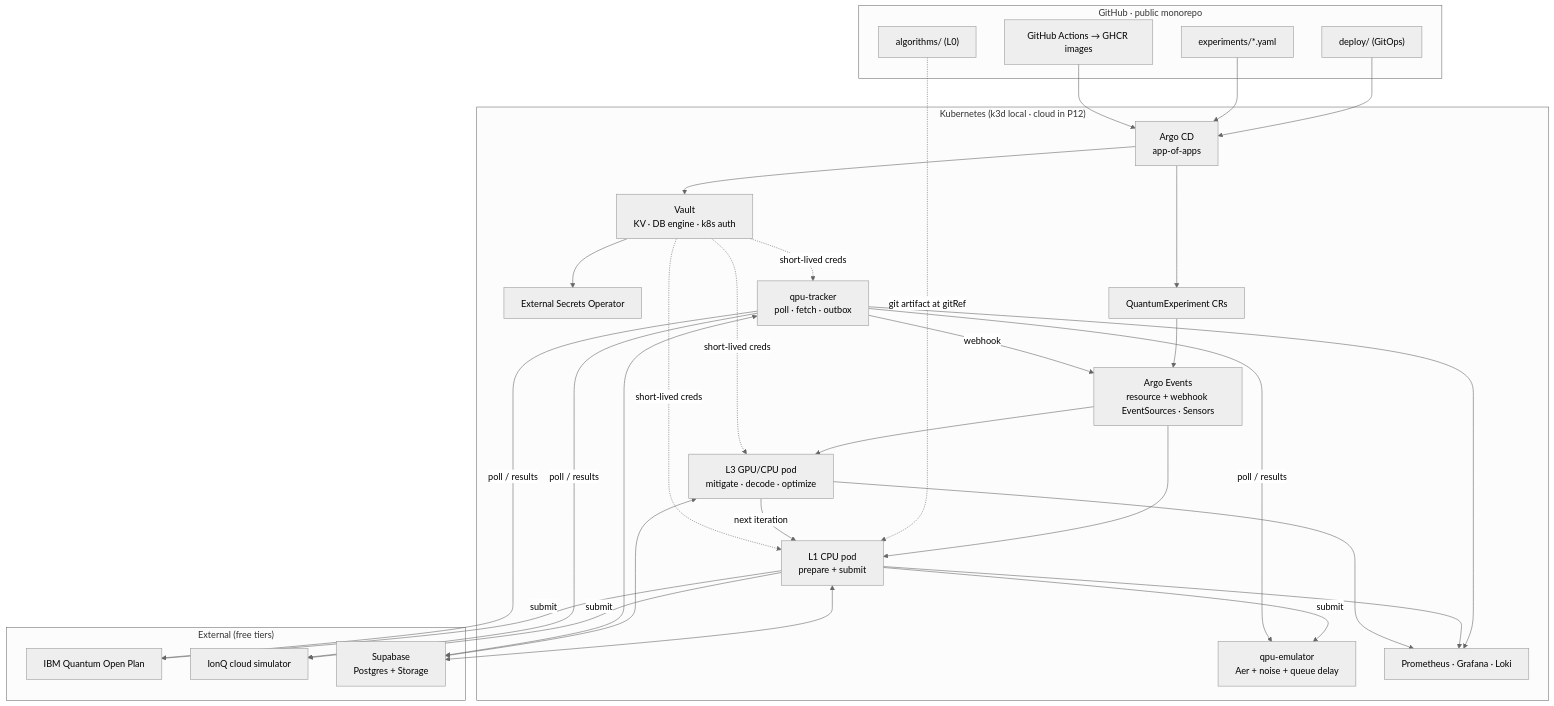
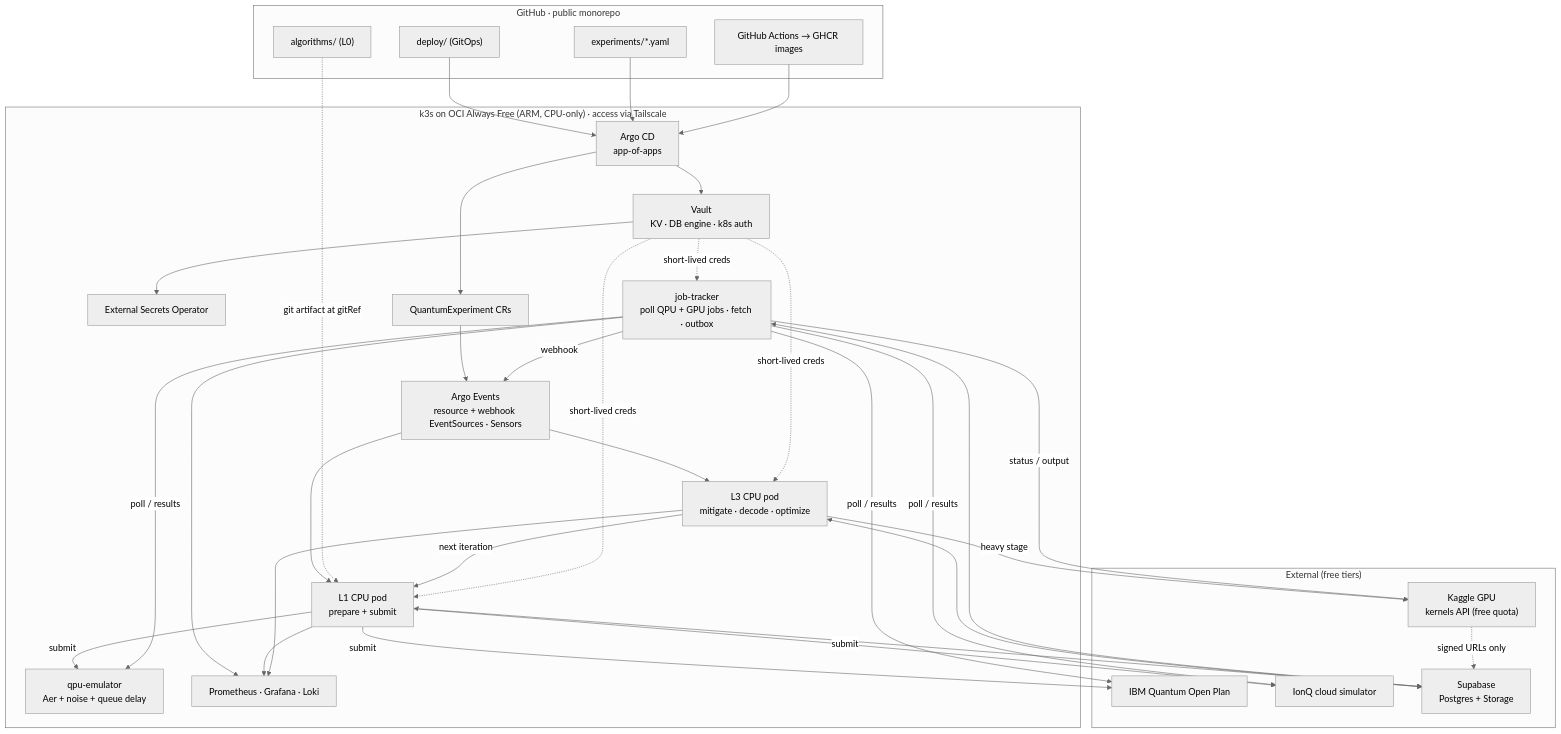
One commit to michael-attias123/QuantumOps changed the first of 3 diagrams in docs/ARCHITECTURE.md. Above: the diagram before and after it, drawn with Mermaid (neutral theme). The commit also changed other lines of this file and 2 other files, not shown here.

First line of the commit message:
docs: move to always-on OCI free cluster and Kaggle remote GPU

````diff
--- a/docs/ARCHITECTURE.md
+++ b/docs/ARCHITECTURE.md
@@ -48,44 +50,48 @@
 ```mermaid
 flowchart TB
   subgraph GH["GitHub · public monorepo"]
     ALG["algorithms/ (L0)"]
     EXP["experiments/*.yaml"]
     DEP["deploy/ (GitOps)"]
     CI["GitHub Actions → GHCR images"]
   end
 
-  subgraph K8S["Kubernetes (k3d local · cloud in P12)"]
+  subgraph K8S["k3s on OCI Always Free (ARM, CPU-only) · access via Tailscale"]
     ARGOCD["Argo CD<br/>app-of-apps"]
     VAULT["Vault<br/>KV · DB engine · k8s auth"]
     ESO["External Secrets Operator"]
     QX["QuantumExperiment CRs"]
     EVS["Argo Events<br/>resource + webhook EventSources · Sensors"]
     L1["L1 CPU pod<br/>prepare + submit"]
-    TRK["qpu-tracker<br/>poll · fetch · outbox"]
+    TRK["job-tracker<br/>poll QPU + GPU jobs · fetch · outbox"]
     EMU["qpu-emulator<br/>Aer + noise + queue delay"]
-    L3["L3 GPU/CPU pod<br/>mitigate · decode · optimize"]
+    L3["L3 CPU pod<br/>mitigate · decode · optimize"]
     OBS["Prometheus · Grafana · Loki"]
   end
 
   subgraph EXT["External (free tiers)"]
     IBM["IBM Quantum Open Plan"]
     IONQ["IonQ cloud simulator"]
     SUPA["Supabase<br/>Postgres + Storage"]
+    KAG["Kaggle GPU<br/>kernels API (free quota)"]
   end
 
   DEP --> ARGOCD
   EXP --> ARGOCD
   CI --> ARGOCD
   ARGOCD --> QX
   ARGOCD --> VAULT
   VAULT --> ESO
   QX --> EVS --> L1
   ALG -. "git artifact at gitRef" .-> L1
   L1 -- submit --> IBM & IONQ & EMU
   TRK -- poll / results --> IBM & IONQ & EMU
   TRK -- webhook --> EVS --> L3
+  L3 -- "heavy stage" --> KAG
+  TRK -- "status / output" --> KAG
+  KAG -. "signed URLs only" .-> SUPA
   L3 -- "next iteration" --> L1
   L1 & L3 & TRK <--> SUPA
   VAULT -. "short-lived creds" .-> L1 & L3 & TRK
   TRK & L1 & L3 --> OBS
 ```
````
